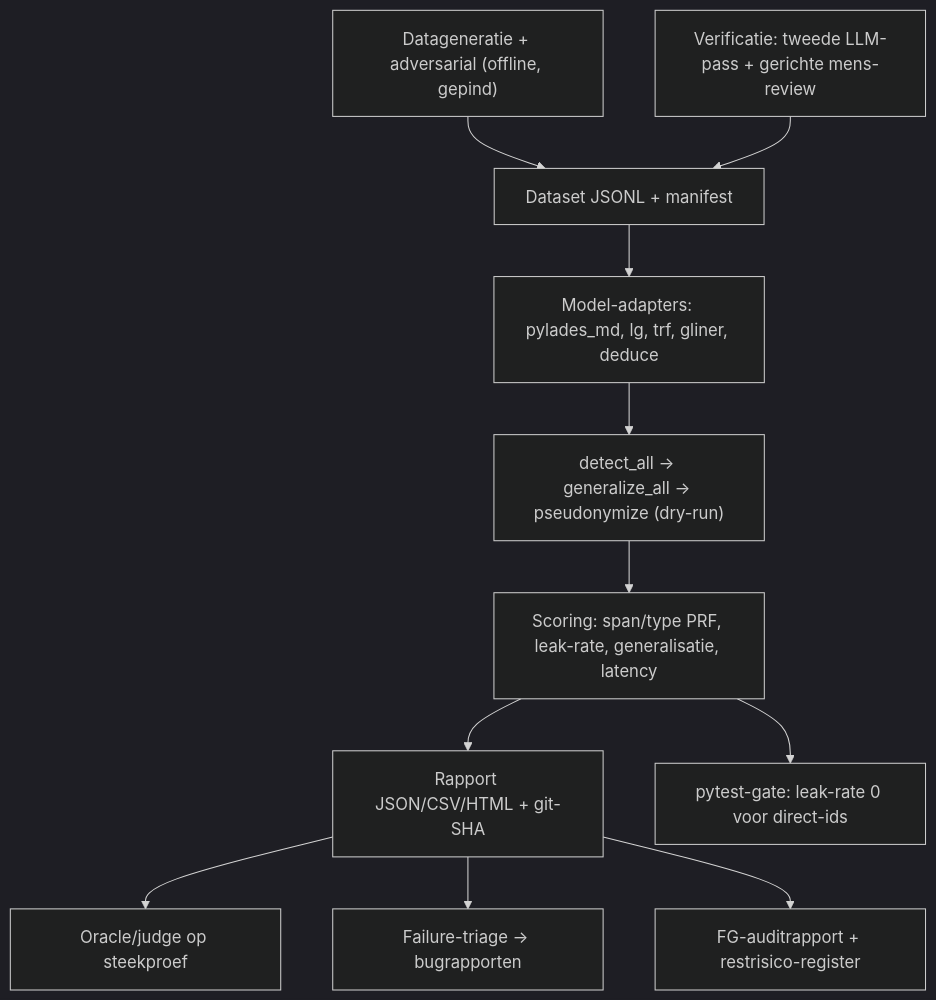
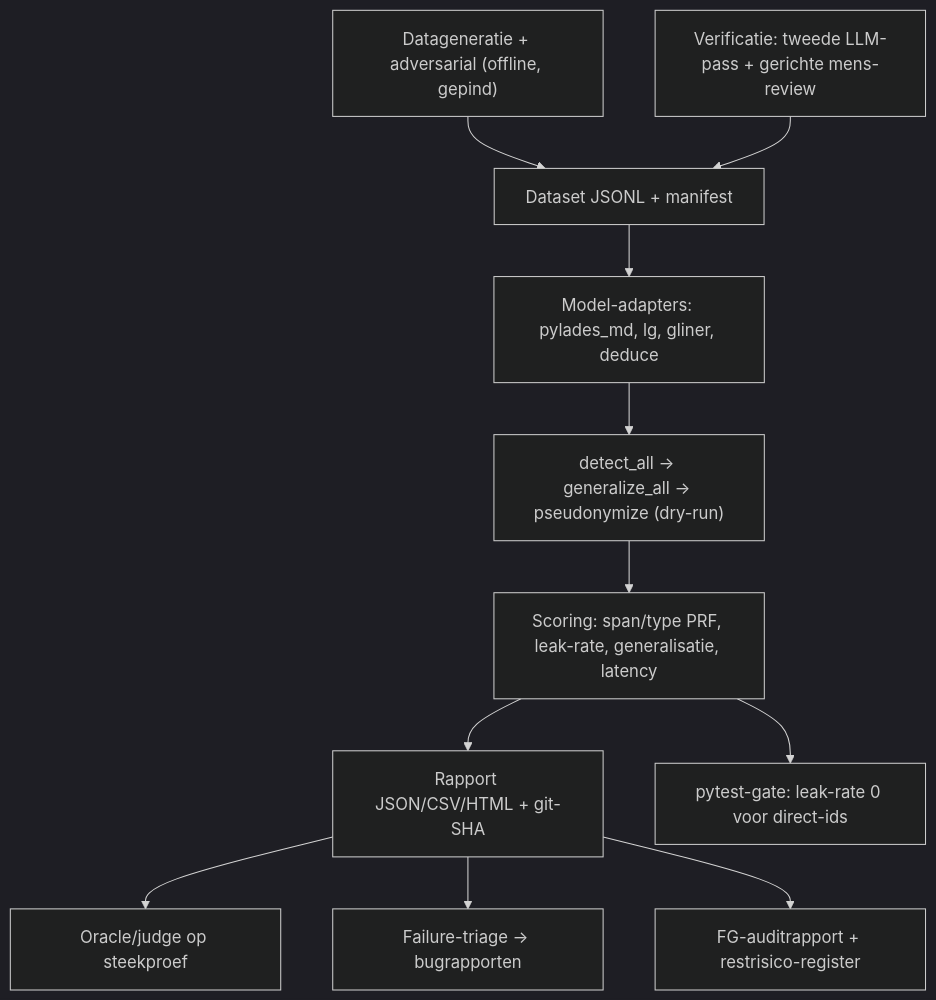
Before and after one commit to PatrickWillems73/Pylades: the diagram in TESTPLAN.md, drawn with Mermaid (dark theme). The commit also changed other lines of this file, not shown here.

````diff
--- a/TESTPLAN.md
+++ b/TESTPLAN.md
@@ -42,13 +42,13 @@
 ```mermaid
 flowchart TD
   gen["Datageneratie + adversarial (offline, gepind)"] --> dataset["Dataset JSONL + manifest"]
   human["Verificatie: tweede LLM-pass + gerichte mens-review"] --> dataset
-  dataset --> runner["Model-adapters: pylades_md, lg, trf, gliner, deduce"]
+  dataset --> runner["Model-adapters: pylades_md, lg, gliner, deduce"]
   runner --> pipeline["detect_all -> generalize_all -> pseudonymize (dry-run)"]
   pipeline --> metrics["Scoring: span/type PRF, leak-rate, generalisatie, latency"]
   metrics --> report["Rapport JSON/CSV/HTML + git-SHA"]
   metrics --> gate["pytest-gate: leak-rate 0 voor direct-ids"]
   report --> judge["Oracle/judge op steekproef"]
   report --> triage["Failure-triage -> bugrapporten"]
   report --> dpo["FG-auditrapport + restrisico-register"]
 ```
````
